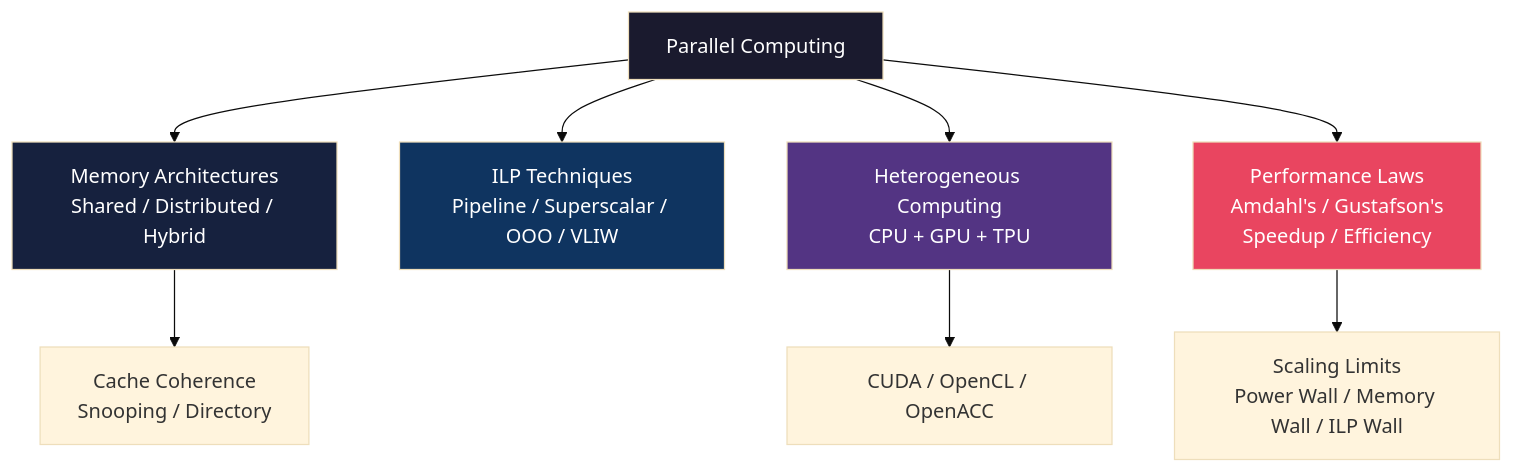
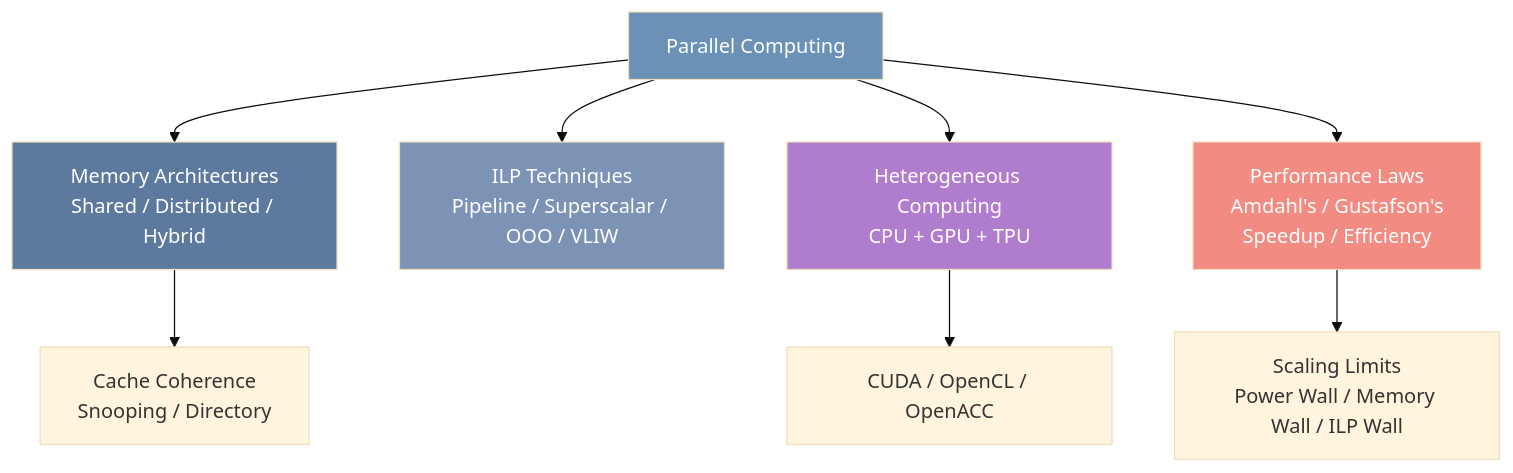
Diagram 20 of 20 in sem4/MPCA/U4/README.md (Dharani9018/Academic_stuff), drawn with Mermaid (base theme) before and after one commit. The commit also changed other lines of this file and 3 other files, not shown here.

````diff
--- a/sem4/MPCA/U4/README.md
+++ b/sem4/MPCA/U4/README.md
@@ -1198,17 +1202,17 @@
 ```mermaid
 graph TD
-    style PC fill:#1a1a2e,color:#fff
-    style MEM fill:#16213e,color:#fff
-    style ILP fill:#0f3460,color:#fff
-    style GPU fill:#533483,color:#fff
-    style PERF fill:#e94560,color:#fff
+    style PC fill:#6c91b6,color:#fff
+    style MEM fill:#5d7a9e,color:#fff
+    style ILP fill:#7d93b5,color:#fff
+    style GPU fill:#b07dce,color:#fff
+    style PERF fill:#f28b82,color:#fff
 
     PC[Parallel Computing] --> MEM[Memory Architectures\nShared / Distributed / Hybrid]
     PC --> ILP[ILP Techniques\nPipeline / Superscalar / OOO / VLIW]
     PC --> GPU[Heterogeneous Computing\nCPU + GPU + TPU]
     PC --> PERF[Performance Laws\nAmdahl's / Gustafson's\nSpeedup / Efficiency]
     
     MEM --> CC[Cache Coherence\nSnooping / Directory]
     GPU --> CUDA[CUDA / OpenCL / OpenACC]
     PERF --> WALLS[Scaling Limits\nPower Wall / Memory Wall / ILP Wall]
 ```
````
